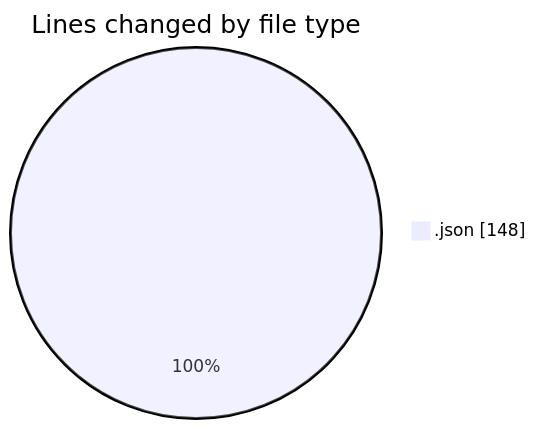
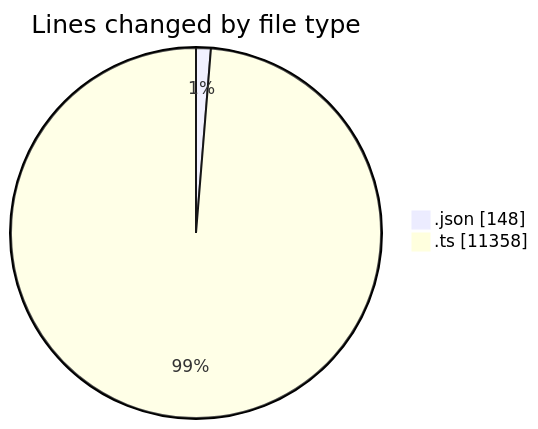
The first of 2 diagrams in 2026-10-03/repo-copilot/README.md (yexinjia/code-tracking), drawn with Mermaid before and after one commit. The commit also changed other lines of this file and 1 other file, not shown here.

````diff
--- a/2026-10-03/repo-copilot/README.md
+++ b/2026-10-03/repo-copilot/README.md
@@ -20,5 +21,6 @@
 ```mermaid
 pie showData
 title Lines changed by file type
 ".json" : 148
+".ts" : 11358
 ```
````
